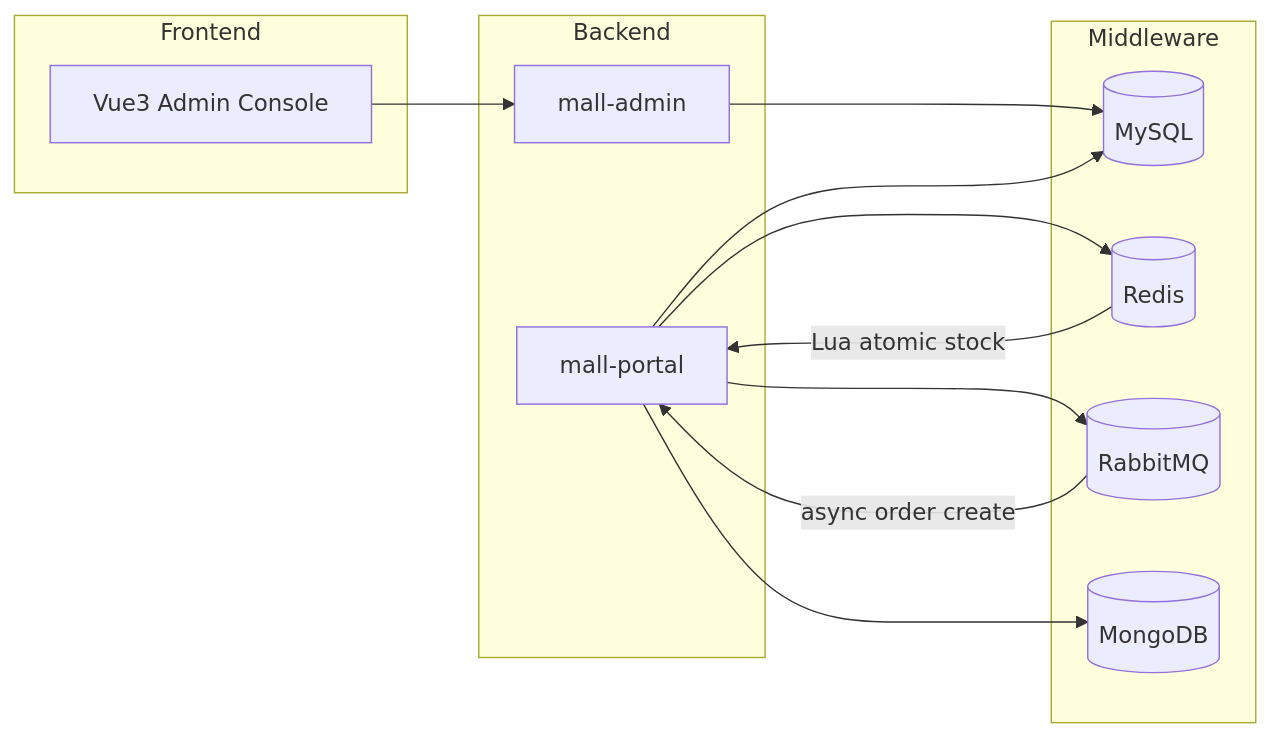
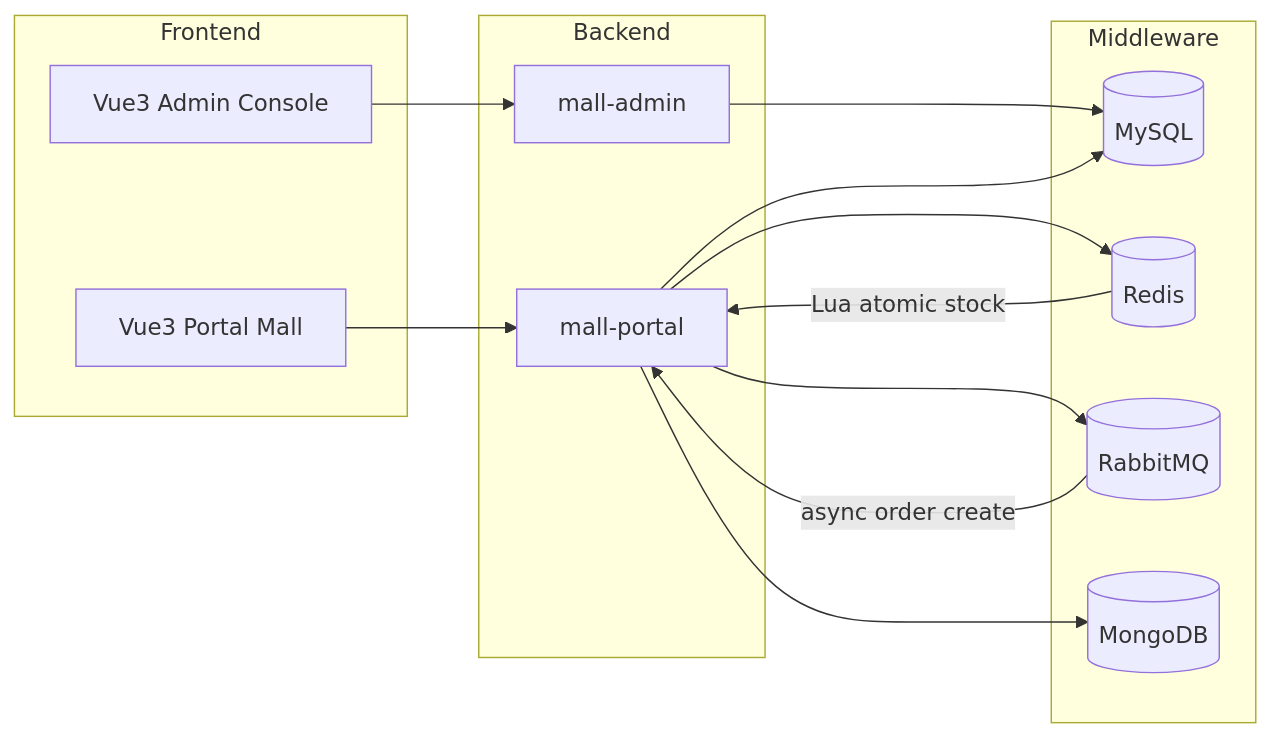
One commit to joker530-Y/Mall- changed the diagram in README.md. Above: the diagram before and after it, drawn with Mermaid. The commit also changed other lines of this file and 151 other files, not shown here.

First line of the commit message:
Add Vue3 portal mall and harden full-stack delivery.

````diff
--- a/README.md
+++ b/README.md
@@ -25,24 +25,26 @@
 ```mermaid
 flowchart LR
   subgraph Frontend
     A[Vue3 Admin Console]
+    P[Vue3 Portal Mall]
   end
   subgraph Backend
     B[mall-admin]
     C[mall-portal]
   end
   subgraph Middleware
     D[(MySQL)]
     E[(Redis)]
     F[(RabbitMQ)]
     G[(MongoDB)]
   end
   A --> B
+  P --> C
   B --> D
   C --> D
   C --> E
   C --> F
   C --> G
   E -->|Lua atomic stock| C
   F -->|async order create| C
 ```
````
